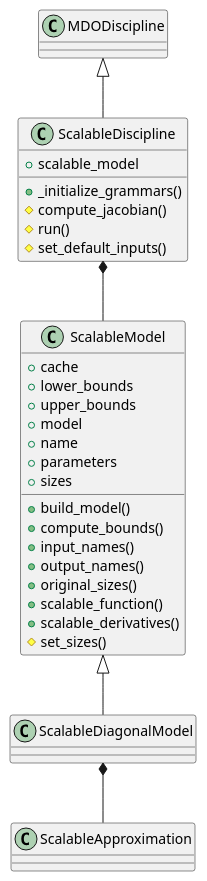
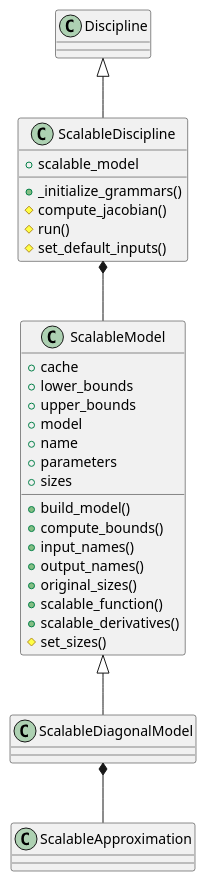
Before and after one commit to gemseo/gemseo: the diagram in doc_src/scalable_models/index.rst, drawn with PlantUML. The commit also changed 267 other files, not shown here.

```diff
--- a/doc_src/scalable_models/index.rst
+++ b/doc_src/scalable_models/index.rst
@@ -36,32 +36,32 @@
 .. uml::
 
-   MDODiscipline <|-- ScalableDiscipline
+   Discipline <|-- ScalableDiscipline
    ScalableDiscipline *-- ScalableModel
    ScalableModel <|-- ScalableDiagonalModel
    ScalableDiagonalModel *-- ScalableApproximation
 
    class ScalableDiscipline {
     +scalable_model
     +_initialize_grammars()
 	#compute_jacobian()
 	#run()
 	#set_default_inputs()
    }
 
    class ScalableModel {
     +cache
     +lower_bounds
     +upper_bounds
     +model
     +name
     +parameters
     +sizes
     +build_model()
     +compute_bounds()
     +input_names()
     +output_names()
     +original_sizes()
     +scalable_function()
     +scalable_derivatives()
     #set_sizes()
    }
```
